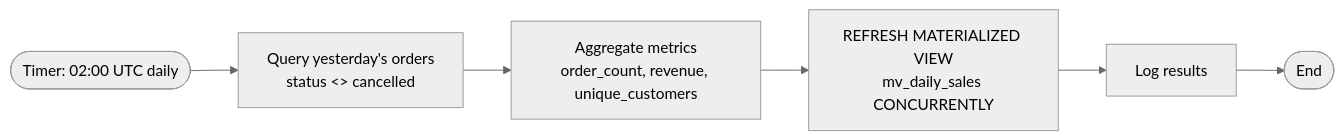
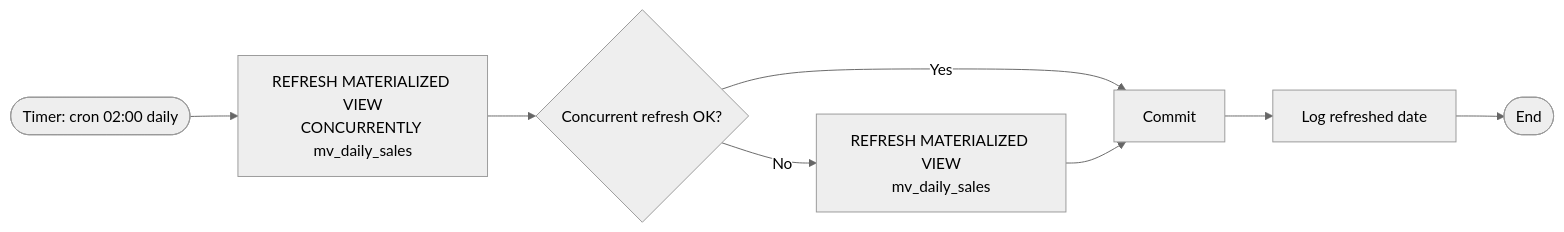
One commit to 2005sojid/ecommerce changed the second of 3 diagrams in docs/bpmn.md. Above: the diagram before and after it, drawn with Mermaid (neutral theme). The commit also changed other lines of this file, not shown here.

````diff
--- a/docs/bpmn.md
+++ b/docs/bpmn.md
@@ -31,8 +24,10 @@
 ```mermaid
 flowchart LR
-    Timer([Timer: 02:00 UTC daily]) --> Q[Query yesterday's orders<br/>status <> cancelled]
-    Q --> Agg[Aggregate metrics<br/>order_count, revenue, unique_customers]
-    Agg --> R[REFRESH MATERIALIZED VIEW<br/>mv_daily_sales CONCURRENTLY]
-    R --> Log[Log results]
+    Timer([Timer: cron 02:00 daily]) --> Refresh[REFRESH MATERIALIZED VIEW<br/>CONCURRENTLY mv_daily_sales]
+    Refresh --> G1{Concurrent refresh OK?}
+    G1 -- Yes --> Commit[Commit]
+    G1 -- No --> Plain[REFRESH MATERIALIZED VIEW<br/>mv_daily_sales]
+    Plain --> Commit
+    Commit --> Log[Log refreshed date]
     Log --> End([End])
 ```
````
